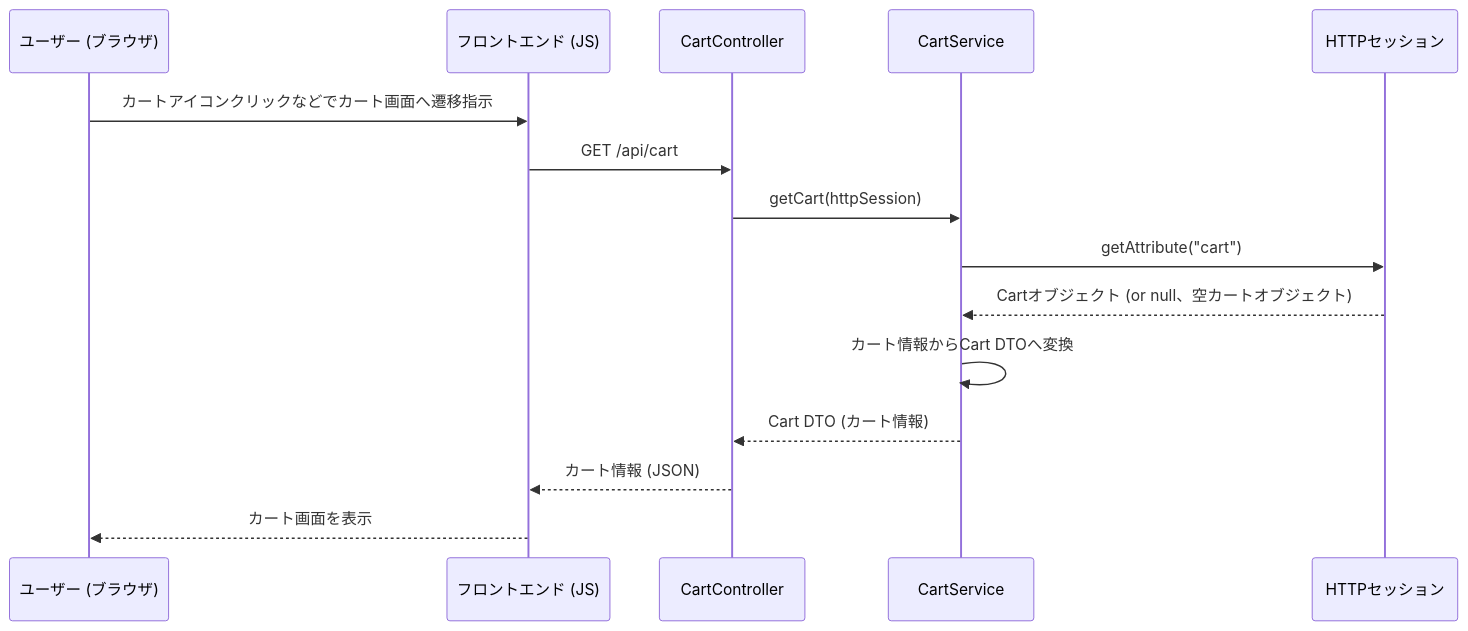
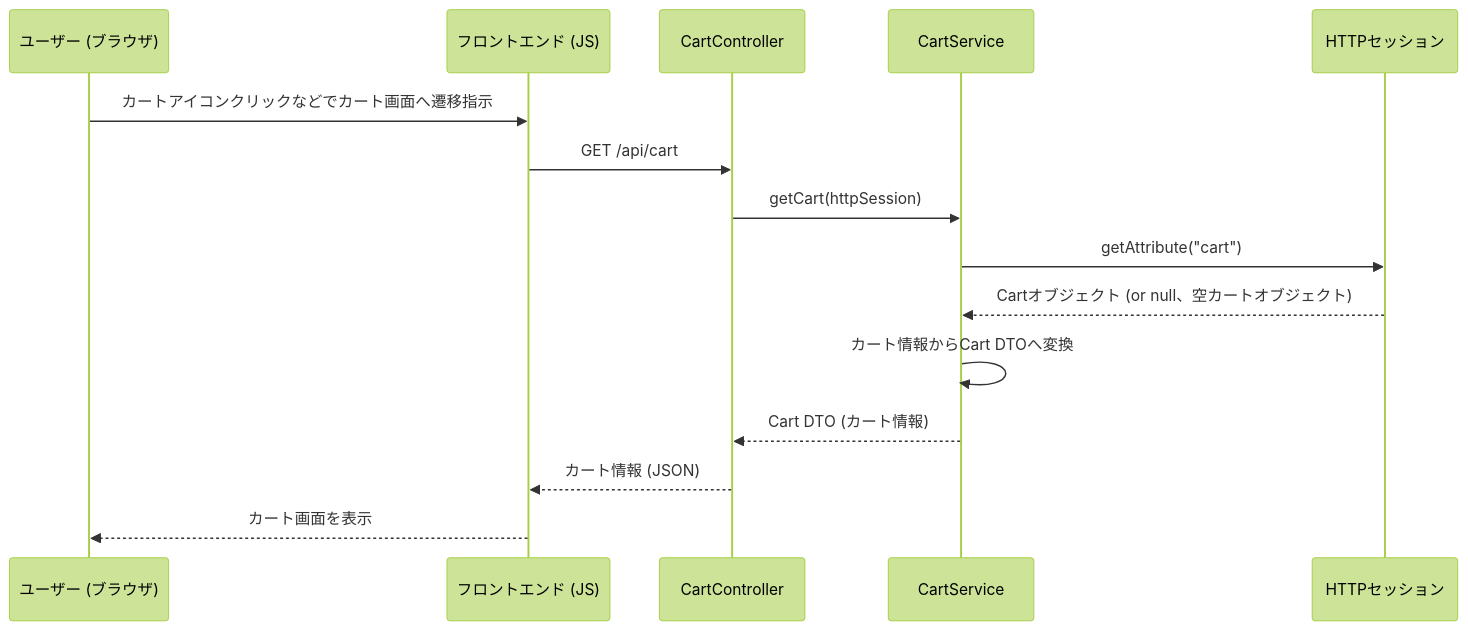
The fifth of 10 diagrams in 詳細設計書/詳細設計書.md (Rikumt12/Popcorn), drawn with Mermaid before and after one commit. The commit also changed other lines of this file, not shown here.

````diff
--- a/詳細設計書/詳細設計書.md
+++ b/詳細設計書/詳細設計書.md
@@ -184,18 +187,19 @@
 ```mermaid
+%%{init:{'theme':'forest'}}%%
 sequenceDiagram
     participant User as ユーザー (ブラウザ)
     participant FE as フロントエンド (JS)
     participant CartController
     participant CartService
     participant HttpSession as HTTPセッション
-
+ 
     User->>FE: カートアイコンクリックなどでカート画面へ遷移指示
     FE->>CartController: GET /api/cart
     CartController->>CartService: getCart(httpSession)
     CartService->>HttpSession: getAttribute("cart")
     HttpSession-->>CartService: Cartオブジェクト (or null、空カートオブジェクト)
     CartService->>CartService: カート情報からCart DTOへ変換
     CartService-->>CartController: Cart DTO (カート情報)
     CartController-->>FE: カート情報 (JSON)
     FE-->>User: カート画面を表示
 ```
````
